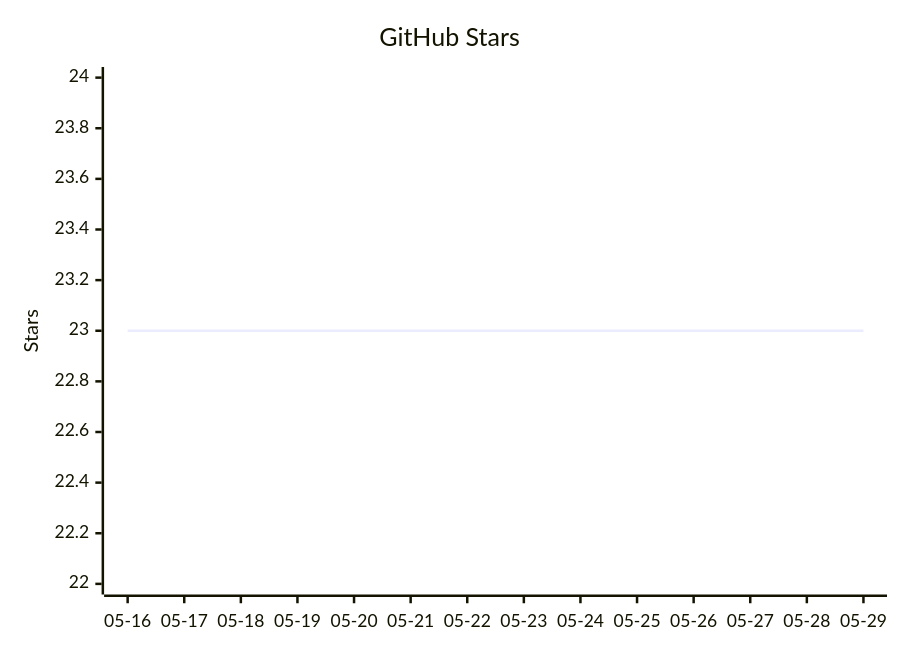
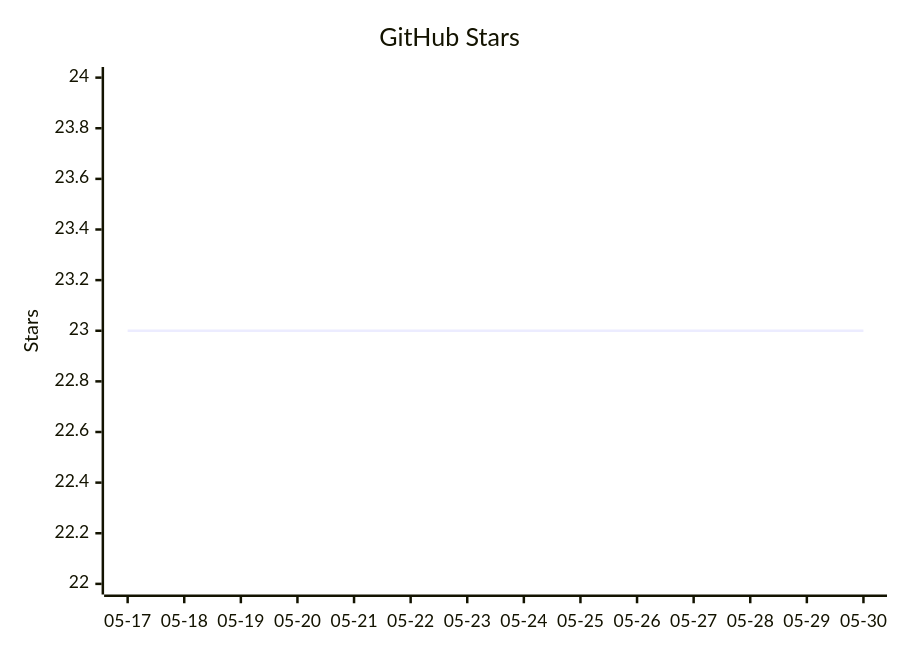
One commit to vectie/moonclaw changed the diagram in README.mbt.md. Above: the diagram before and after it, drawn with Mermaid. The commit also changed other lines of this file and 1 other file, not shown here.

Commit message:
Update README star growth

````diff
--- a/README.mbt.md
+++ b/README.mbt.md
@@ -490,7 +490,7 @@
 ```mermaid
 xychart-beta
     title "GitHub Stars"
-    x-axis ["05-16","05-17","05-18","05-19","05-20","05-21","05-22","05-23","05-24","05-25","05-26","05-27","05-28","05-29"]
+    x-axis ["05-17","05-18","05-19","05-20","05-21","05-22","05-23","05-24","05-25","05-26","05-27","05-28","05-29","05-30"]
     y-axis "Stars" 22 --> 24
     line [23,23,23,23,23,23,23,23,23,23,23,23,23,23]
 ```
````
